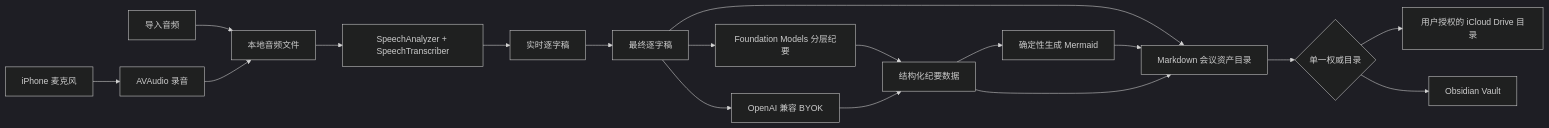
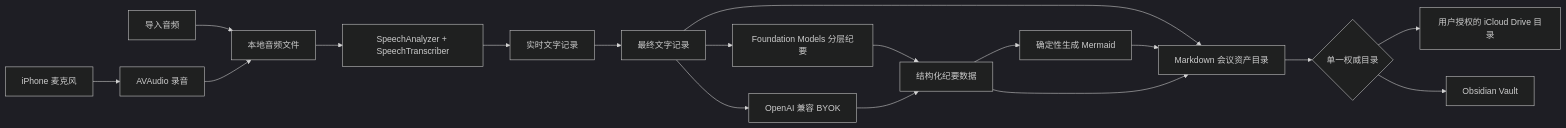
Before and after one commit to coolhwm/quill-vault: the diagram in docs/智能会议纪要_项目说明书.md, drawn with Mermaid (dark theme). The commit also changed other lines of this file and 9 other files, not shown here.

````diff
--- a/docs/智能会议纪要_项目说明书.md
+++ b/docs/智能会议纪要_项目说明书.md
@@ -282,20 +282,20 @@
 ```mermaid
 flowchart LR
     MIC["iPhone 麦克风"] --> REC["AVAudio 录音"]
     FILE["导入音频"] --> AUDIO["本地音频文件"]
     REC --> AUDIO
     AUDIO --> ASR["SpeechAnalyzer + SpeechTranscriber"]
-    ASR --> LIVE["实时逐字稿"]
-    LIVE --> FINAL["最终逐字稿"]
+    ASR --> LIVE["实时文字记录"]
+    LIVE --> FINAL["最终文字记录"]
     FINAL --> LOCAL["Foundation Models 分层纪要"]
     FINAL --> BYOK["OpenAI 兼容 BYOK"]
     LOCAL --> STRUCT["结构化纪要数据"]
     BYOK --> STRUCT
     STRUCT --> MERMAID["确定性生成 Mermaid"]
     FINAL --> STORE["Markdown 会议资产目录"]
     MERMAID --> STORE
     STRUCT --> STORE
     STORE --> CHOICE{"单一权威目录"}
     CHOICE --> ICLOUD["用户授权的 iCloud Drive 目录"]
     CHOICE --> OBSIDIAN["Obsidian Vault"]
 ```
````
